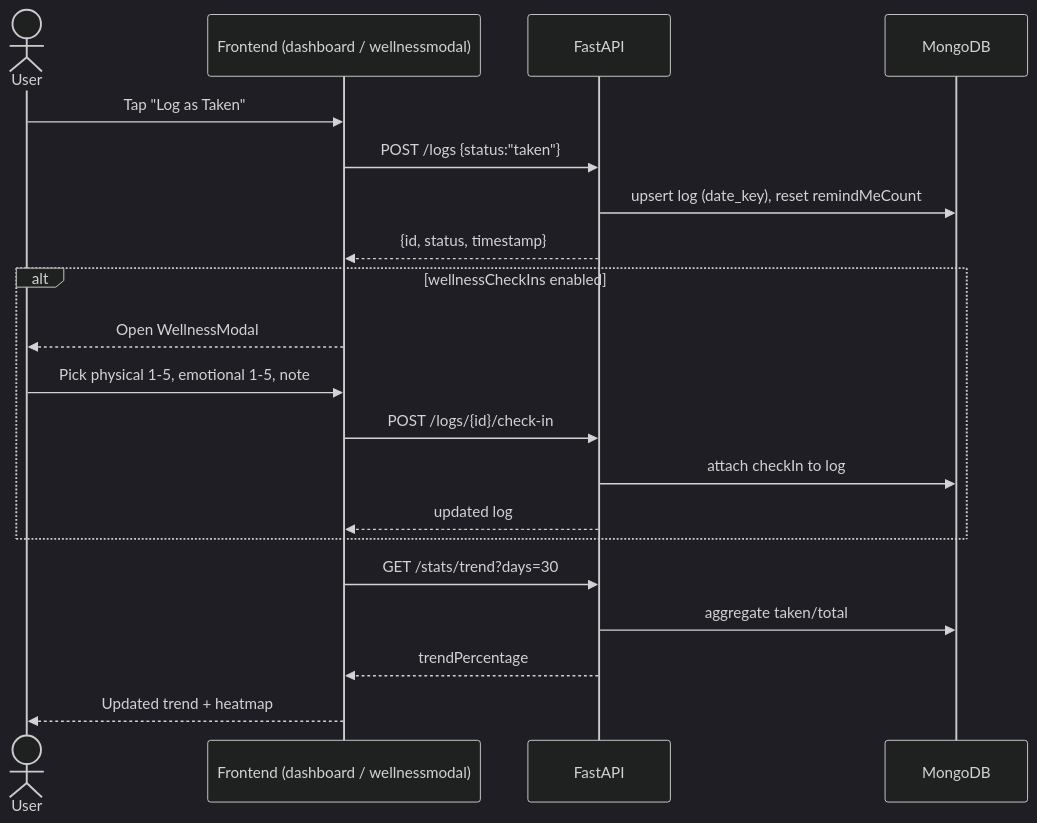
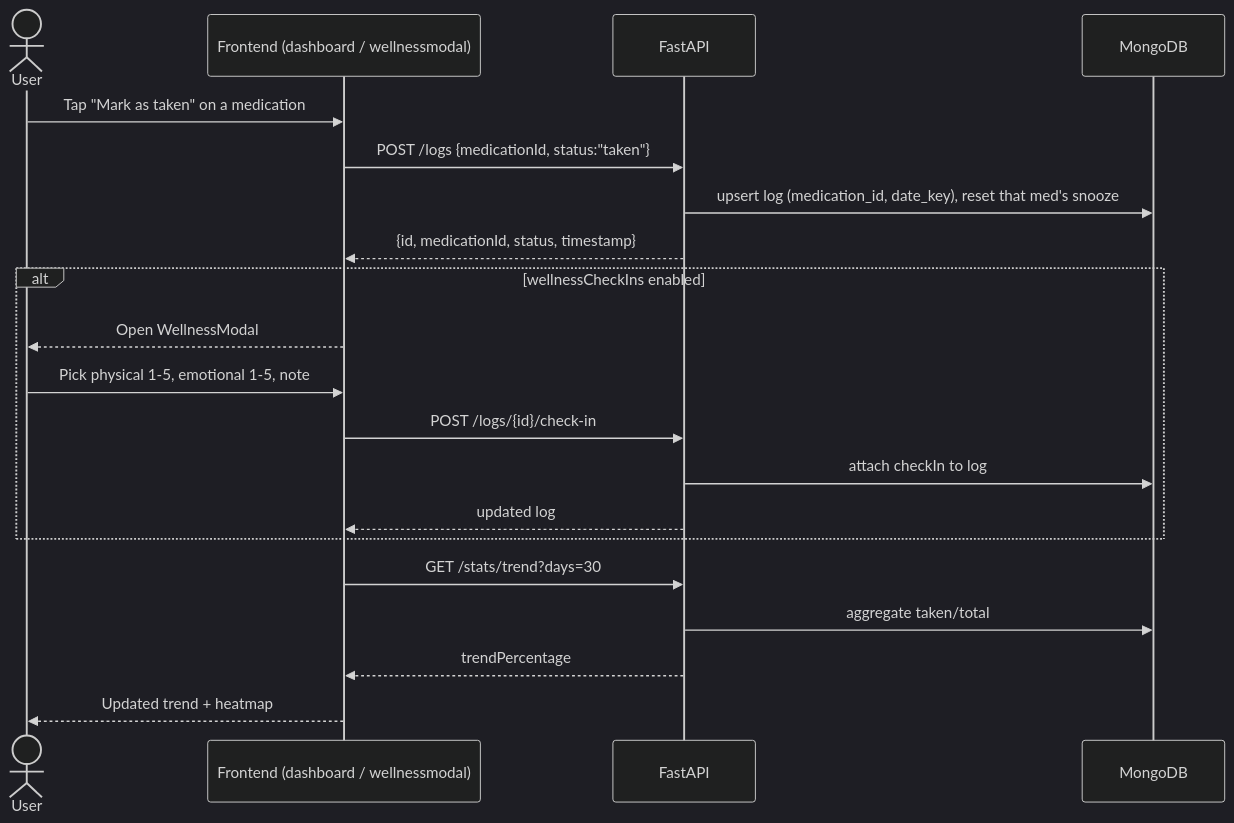
The sixth of 7 diagrams in README.md (sallonico/Attune-de9bc2d9), drawn with Mermaid (dark theme) before and after one commit. The commit also changed other lines of this file and 3 other files, not shown here.

````diff
--- a/README.md
+++ b/README.md
@@ -319,23 +275,23 @@
 ```mermaid
 sequenceDiagram
     actor U as User
     participant FE as Frontend (dashboard / wellnessmodal)
     participant API as FastAPI
     participant DB as MongoDB
 
-    U->>FE: Tap "Log as Taken"
-    FE->>API: POST /logs {status:"taken"}
-    API->>DB: upsert log (date_key), reset remindMeCount
-    API-->>FE: {id, status, timestamp}
+    U->>FE: Tap "Mark as taken" on a medication
+    FE->>API: POST /logs {medicationId, status:"taken"}
+    API->>DB: upsert log (medication_id, date_key), reset that med's snooze
+    API-->>FE: {id, medicationId, status, timestamp}
     alt wellnessCheckIns enabled
         FE-->>U: Open WellnessModal
         U->>FE: Pick physical 1-5, emotional 1-5, note
         FE->>API: POST /logs/{id}/check-in
         API->>DB: attach checkIn to log
         API-->>FE: updated log
     end
     FE->>API: GET /stats/trend?days=30
     API->>DB: aggregate taken/total
     API-->>FE: trendPercentage
     FE-->>U: Updated trend + heatmap
 ```
````
